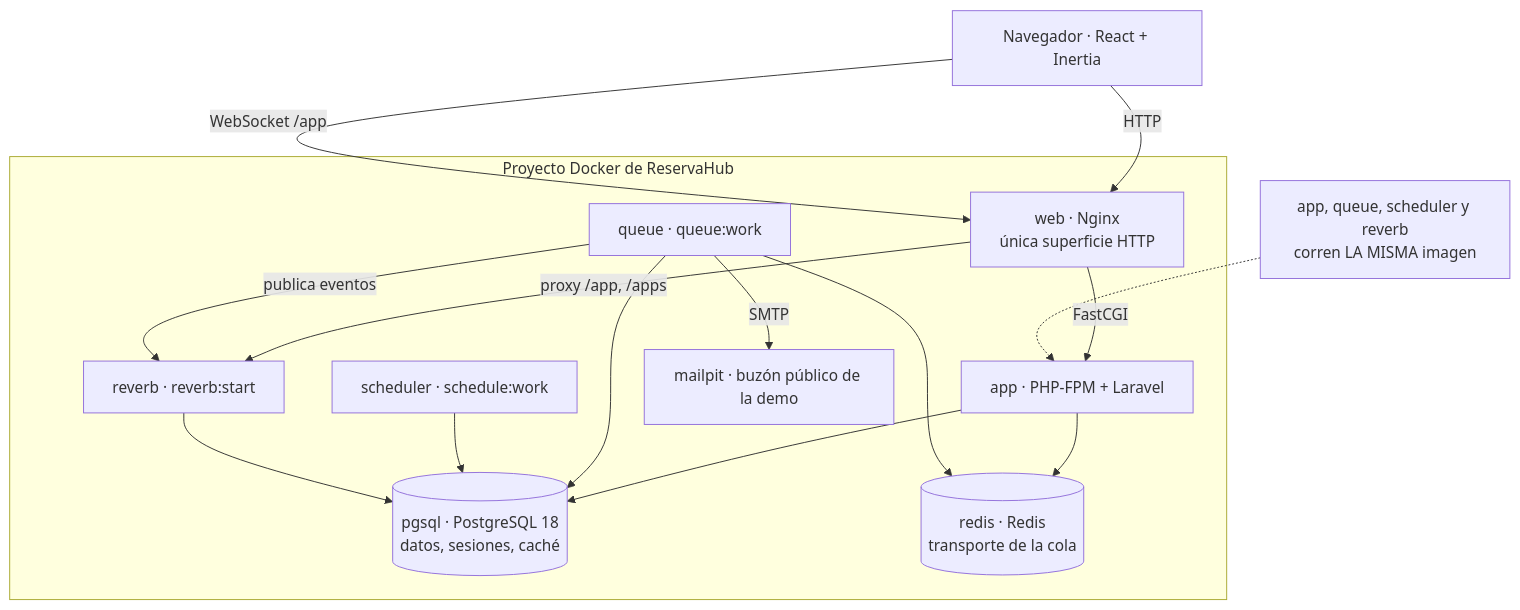
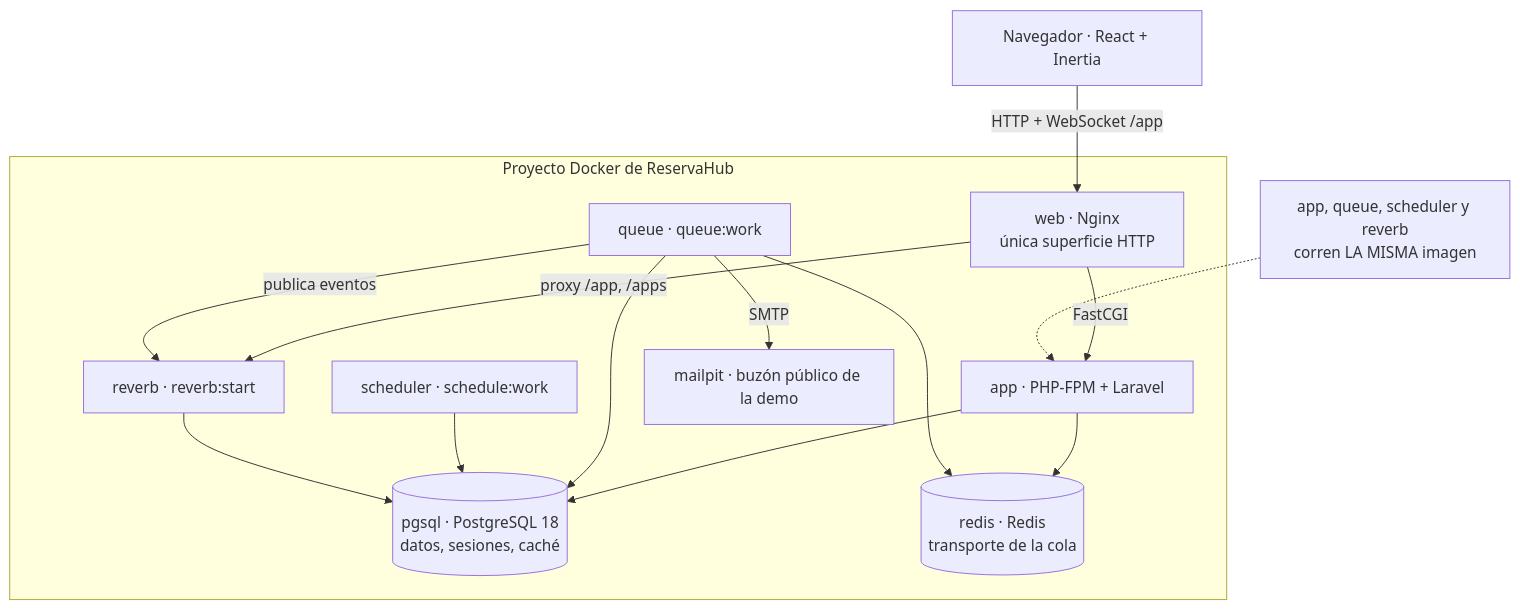
Before and after one commit to Gonzalez-Luciano/ReservaHub: the first of 2 diagrams in README.md, drawn with Mermaid. The commit also changed other lines of this file, not shown here.

First line of the commit message:
docs: fix the architecture diagram's overlapping browser edges

````diff
--- a/README.md
+++ b/README.md
@@ -37,31 +37,30 @@
 ```mermaid
 flowchart TB
     browser["Navegador · React + Inertia"]
 
     subgraph proyecto["Proyecto Docker de ReservaHub"]
         web["web · Nginx<br/>única superficie HTTP"]
+        reverb["reverb · reverb:start"]
         app["app · PHP-FPM + Laravel"]
         queue["queue · queue:work"]
         scheduler["scheduler · schedule:work"]
-        reverb["reverb · reverb:start"]
         pg[("pgsql · PostgreSQL 18<br/>datos, sesiones, caché")]
         redis[("redis · Redis<br/>transporte de la cola")]
         mail["mailpit · buzón público de la demo"]
     end
 
-    browser -->|HTTP| web
-    browser -->|WebSocket /app| web
+    browser -->|HTTP + WebSocket /app| web
     web -->|FastCGI| app
     web -->|proxy /app, /apps| reverb
     app --> pg
     app --> redis
     queue --> pg
     queue --> redis
     queue -->|SMTP| mail
     queue -->|publica eventos| reverb
     scheduler --> pg
     reverb --> pg
 
     note["app, queue, scheduler y reverb<br/>corren LA MISMA imagen"]
     note -.-> app
 ```
````
